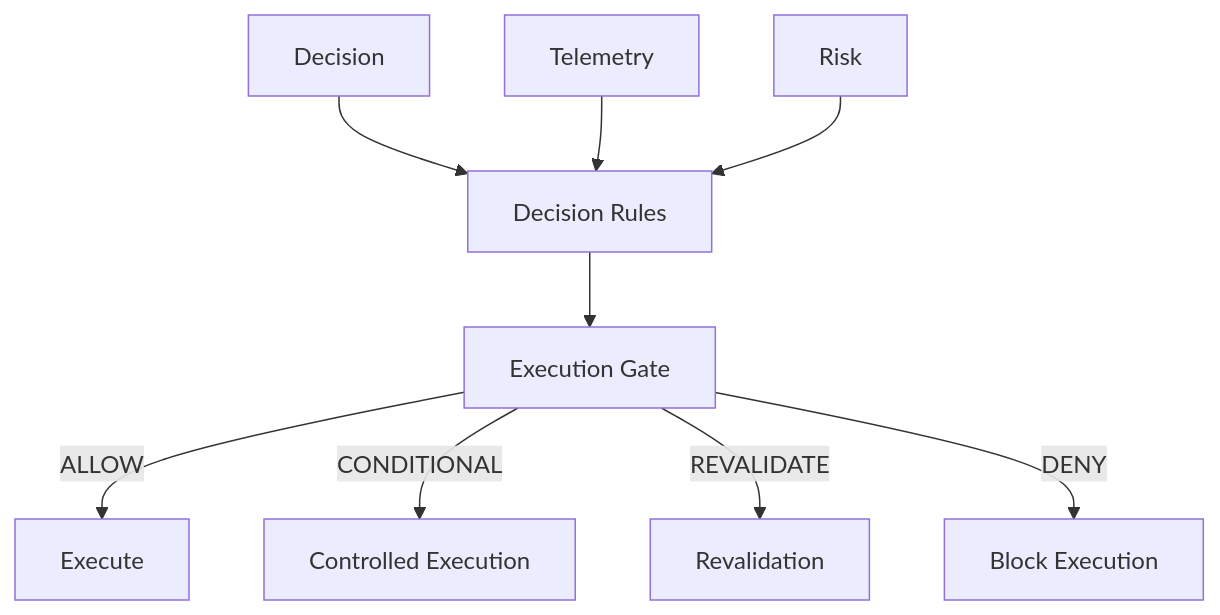
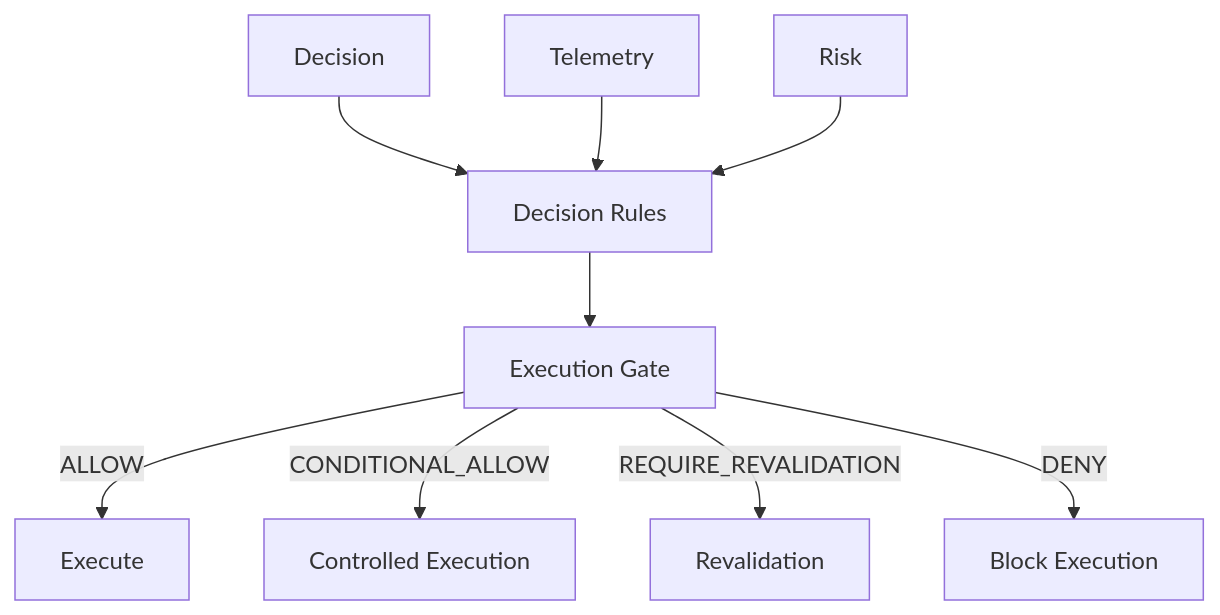
One commit to socorromipunto-eng/CAI-EXPERT-LAB changed the fourth of 4 diagrams in labs/mexico/20-visual-architecture.md. Above: the diagram before and after it, drawn with Mermaid. The commit also changed other lines of this file and 85 other files, not shown here.

````diff
--- a/labs/mexico/20-visual-architecture.md
+++ b/labs/mexico/20-visual-architecture.md
@@ -127,20 +131,20 @@
 ```mermaid
 flowchart TD
 
 DECISION["Decision"]
 TELEMETRY["Telemetry"]
 RISK["Risk"]
 RULES["Decision Rules"]
 GATE["Execution Gate"]
 
 DECISION --> RULES
 TELEMETRY --> RULES
 RISK --> RULES
 
 RULES --> GATE
 
 GATE -->|ALLOW| EXECUTE["Execute"]
-GATE -->|CONDITIONAL| CONTROL["Controlled Execution"]
-GATE -->|REVALIDATE| RECHECK["Revalidation"]
+GATE -->|CONDITIONAL_ALLOW| CONTROL["Controlled Execution"]
+GATE -->|REQUIRE_REVALIDATION| RECHECK["Revalidation"]
 GATE -->|DENY| BLOCK["Block Execution"]
 ```
````
